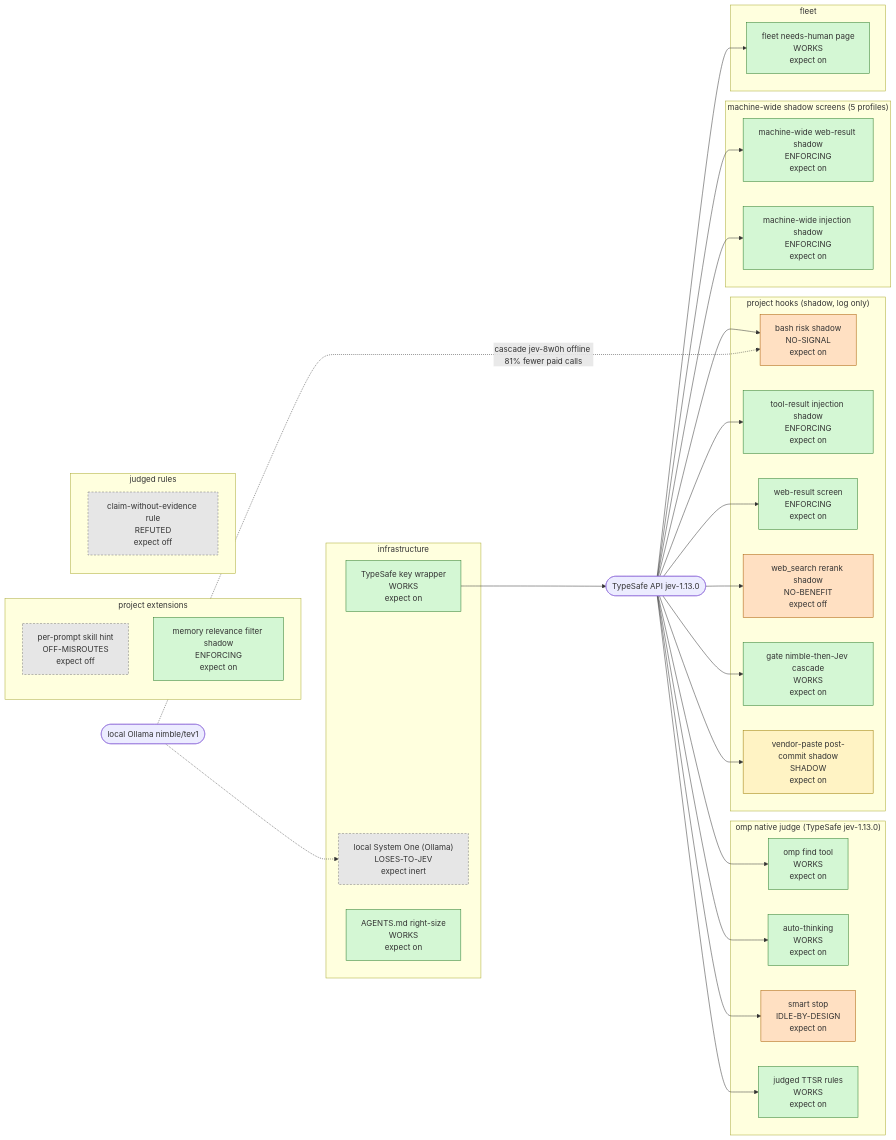
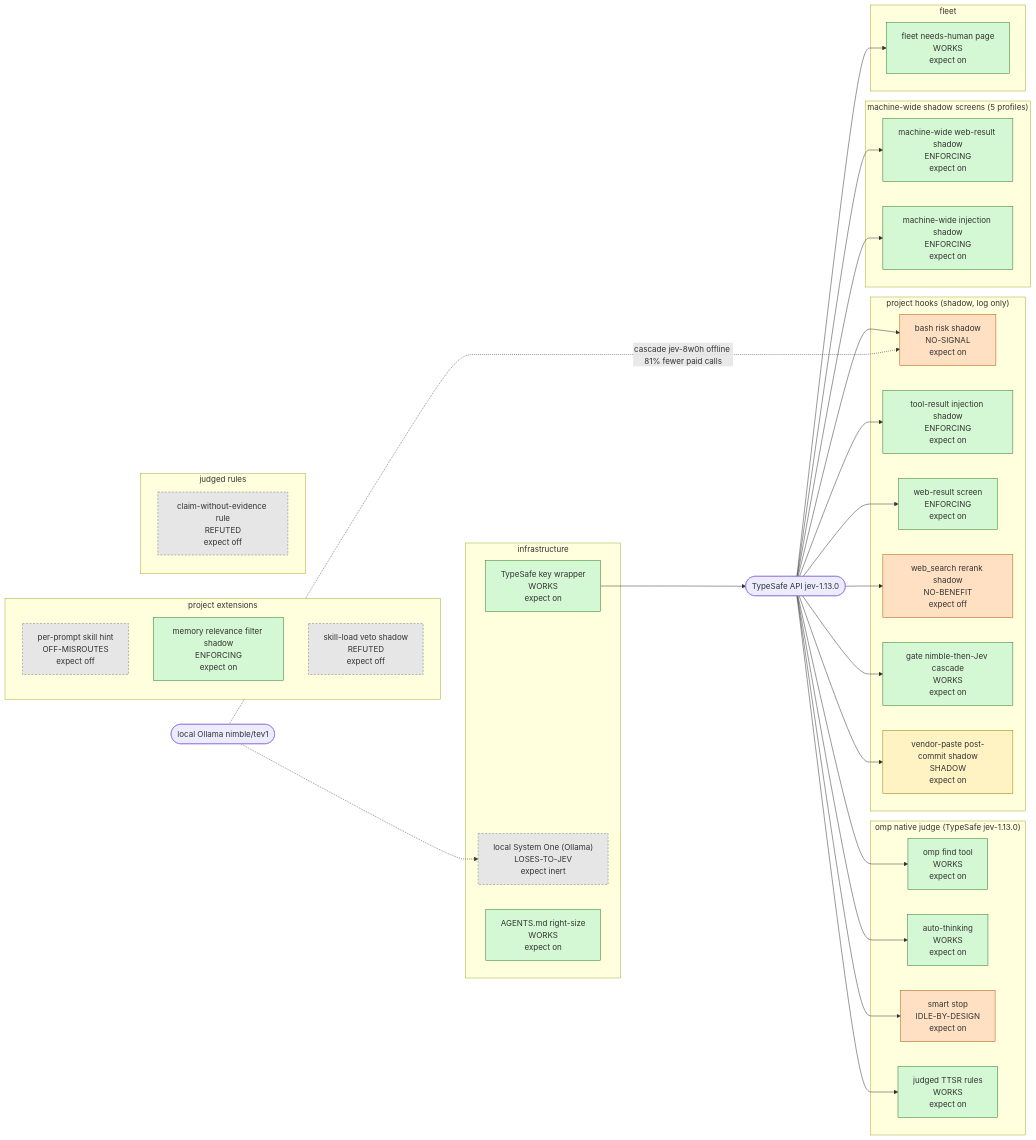
The diagram in work/jev-inventory/goldens/inventory-structure.mmd (JYeswak/jev_playground), drawn with Mermaid before and after one commit. The commit also changed 2 other files, not shown here.

Commit message:
fix(ci): restore refuted veto inventory [test]

```diff
--- a/work/jev-inventory/goldens/inventory-structure.mmd
+++ b/work/jev-inventory/goldens/inventory-structure.mmd
@@ -1,60 +1,61 @@
 flowchart LR
   JEV(["TypeSafe API jev-1.13.0"])
   LOCAL(["local Ollama nimble/tev1"])
   subgraph native["omp native judge (TypeSafe jev-1.13.0)"]
     find["omp find tool<br/>WORKS<br/>expect on"]
     auto_thinking["auto-thinking<br/>WORKS<br/>expect on"]
     smart_stop["smart stop<br/>IDLE-BY-DESIGN<br/>expect on"]
     ttsr_judged["judged TTSR rules<br/>WORKS<br/>expect on"]
   end
   subgraph hook["project hooks (shadow, log only)"]
     gate_observe["bash risk shadow<br/>NO-SIGNAL<br/>expect on"]
     injection_shadow["tool-result injection shadow<br/>ENFORCING<br/>expect on"]
     webscreen["web-result screen<br/>ENFORCING<br/>expect on"]
     websearch_rerank["web_search rerank shadow<br/>NO-BENEFIT<br/>expect off"]
     gate_cascade["gate nimble-then-Jev cascade<br/>WORKS<br/>expect on"]
     vendor_shadow["vendor-paste post-commit shadow<br/>SHADOW<br/>expect on"]
   end
   subgraph global["machine-wide shadow screens (5 profiles)"]
     webscreen_global["machine-wide web-result shadow<br/>ENFORCING<br/>expect on"]
     injection_global["machine-wide injection shadow<br/>ENFORCING<br/>expect on"]
   end
   subgraph extension["project extensions"]
     skill_hint["per-prompt skill hint<br/>OFF-MISROUTES<br/>expect off"]
     memory_filter["memory relevance filter shadow<br/>ENFORCING<br/>expect on"]
+    skill_veto["skill-load veto shadow<br/>REFUTED<br/>expect off"]
   end
   subgraph rule["judged rules"]
     claim_rule["claim-without-evidence rule<br/>REFUTED<br/>expect off"]
   end
   subgraph fleet["fleet"]
     needs_human["fleet needs-human page<br/>WORKS<br/>expect on"]
   end
   subgraph infra["infrastructure"]
     key_wrapper["TypeSafe key wrapper<br/>WORKS<br/>expect on"]
     local_sys1["local System One (Ollama)<br/>LOSES-TO-JEV<br/>expect inert"]
     agents_trim["AGENTS.md right-size<br/>WORKS<br/>expect on"]
   end
   JEV --> find
   JEV --> auto_thinking
   JEV --> smart_stop
   JEV --> ttsr_judged
   JEV --> gate_observe
   JEV --> injection_shadow
   JEV --> webscreen
   JEV --> websearch_rerank
   JEV --> needs_human
   LOCAL -.-> local_sys1
   JEV --> gate_cascade
   JEV --> webscreen_global
   JEV --> injection_global
   JEV --> vendor_shadow
   LOCAL -. cascade jev-8w0h offline 81% fewer paid calls .-> gate_observe
   key_wrapper --> JEV
   classDef works fill:#d4f7d4,stroke:#2a7a2a
   classDef unproven fill:#fff3c4,stroke:#9a7a00
   classDef nobenefit fill:#ffe0c2,stroke:#a85a00
   classDef off fill:#e6e6e6,stroke:#777,stroke-dasharray:4 3
   class smart_stop,gate_observe,websearch_rerank nobenefit
-  class skill_hint,claim_rule,local_sys1 off
+  class skill_hint,claim_rule,local_sys1,skill_veto off
   class vendor_shadow unproven
   class find,auto_thinking,ttsr_judged,injection_shadow,webscreen,needs_human,key_wrapper,agents_trim,memory_filter,gate_cascade,webscreen_global,injection_global works
```
